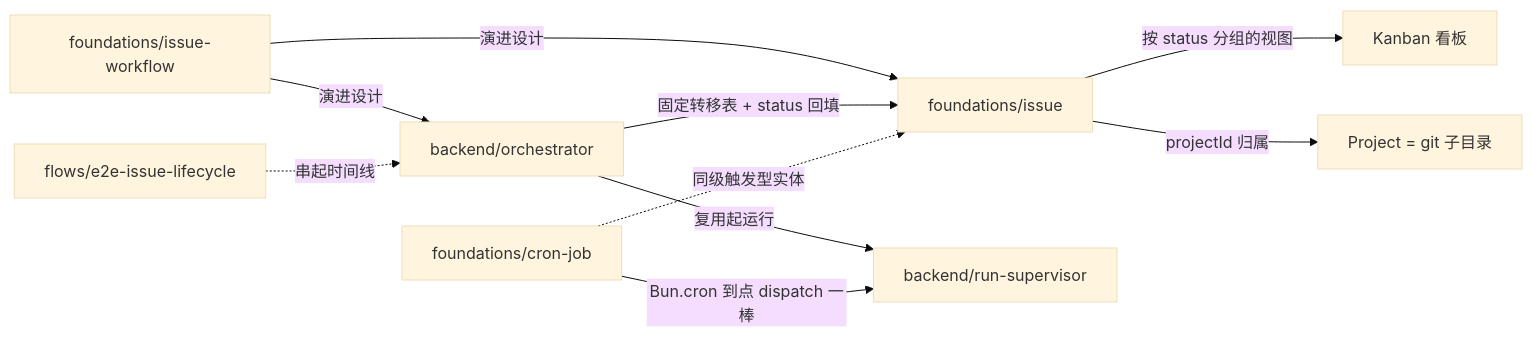
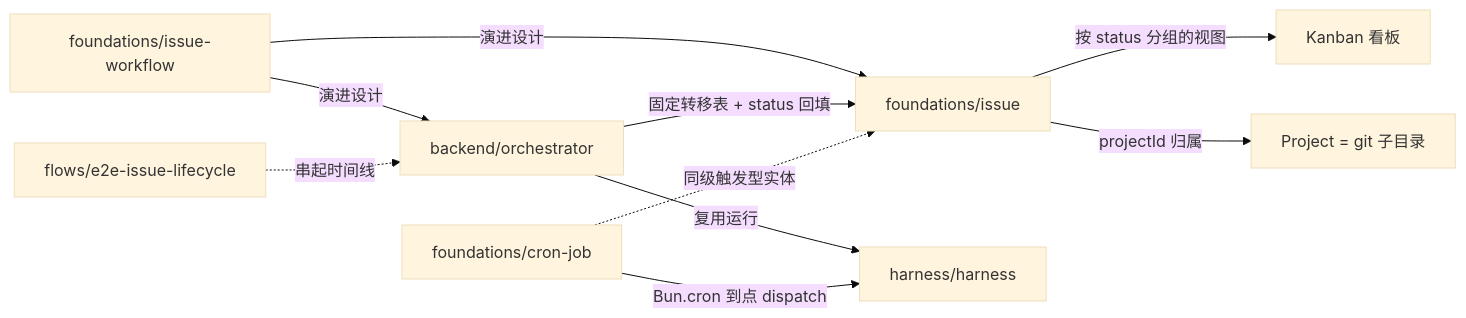
One commit to Chengchcc/my-agent-team changed the third of 3 diagrams in docs/architecture/map.md. Above: the diagram before and after it, drawn with Mermaid (base theme). The commit also changed other lines of this file and 41 other files, not shown here.

````diff
--- a/docs/architecture/map.md
+++ b/docs/architecture/map.md
@@ -50,12 +47,12 @@
 ```mermaid
 flowchart LR
   Issue[foundations/issue] -->|按 status 分组的视图| Kanban[Kanban 看板]
   Issue -->|projectId 归属| Project[Project = git 子目录]
   WF[foundations/issue-workflow] -->|演进设计| Issue
   WF -->|演进设计| Orch
   Orch[backend/orchestrator] -->|固定转移表 + status 回填| Issue
-  Orch -->|复用起运行| RS[backend/run-supervisor]
+  Orch -->|复用运行| AS[harness/harness]
   Cron[foundations/cron-job] -.同级触发型实体.-> Issue
-  Cron -->|Bun.cron 到点 dispatch 一棒| RS
+  Cron -->|Bun.cron 到点 dispatch| AS
   Flow[flows/e2e-issue-lifecycle] -.串起时间线.-> Orch
 ```
````
